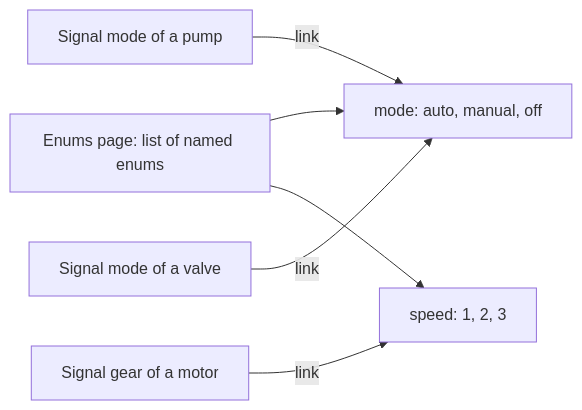
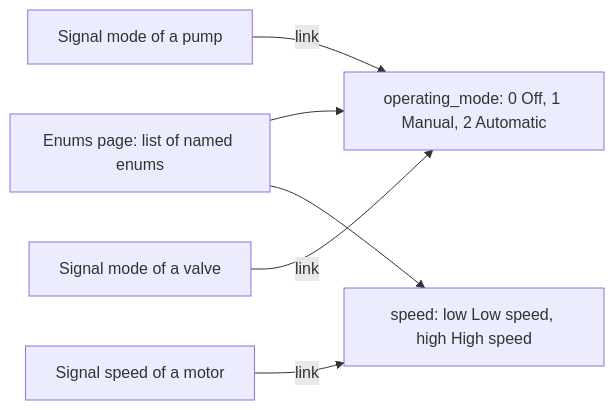
The first of 2 diagrams in metadata/06-enums.md (AlexandreGallais/synoptic-studio-spec), drawn with Mermaid before and after one commit. The commit also changed other lines of this file and 14 other files, not shown here.

````diff
--- a/metadata/06-enums.md
+++ b/metadata/06-enums.md
@@ -19,8 +28,8 @@
 ```mermaid
 flowchart LR
-    P["Enums page: list of named enums"] --> E1["mode: auto, manual, off"]
-    P --> E2["speed: 1, 2, 3"]
+    P["Enums page: list of named enums"] --> E1["operating_mode: 0 Off, 1 Manual, 2 Automatic"]
+    P --> E2["speed: low Low speed, high High speed"]
     A["Signal mode of a pump"] -->|"link"| E1
     B["Signal mode of a valve"] -->|"link"| E1
-    C["Signal gear of a motor"] -->|"link"| E2
+    C["Signal speed of a motor"] -->|"link"| E2
 ```
````
